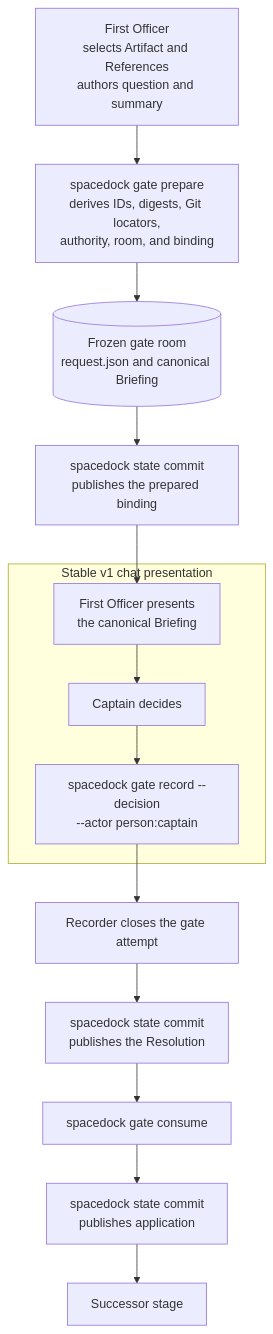
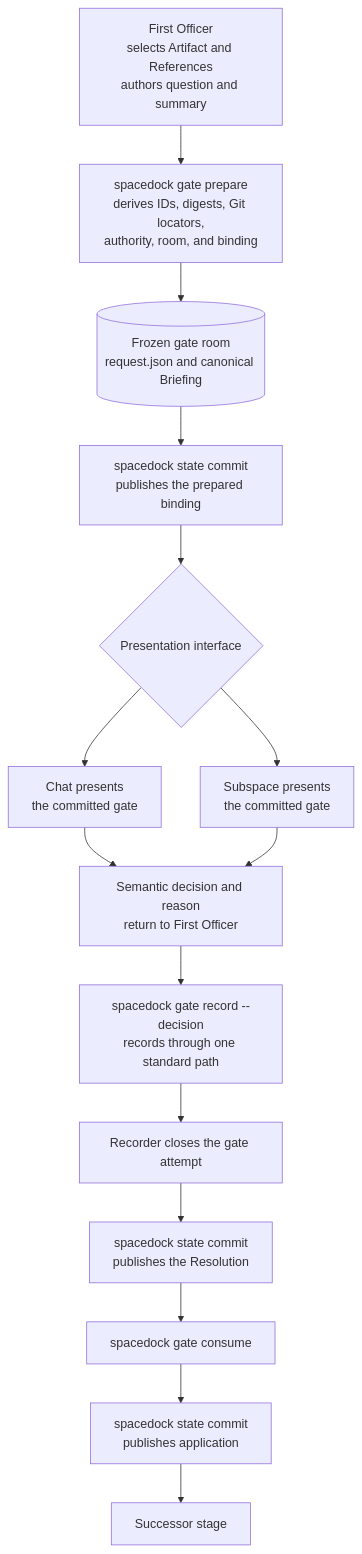
Before and after one commit to spacedock-dev/spacedock: the diagram in docs/specs/gate-resolution-frontmatter-contract.md, drawn with Mermaid. The commit also changed other lines of this file and 3 other files, not shown here.

Commit message:
gate: permit Subspace presentation through semantic recorder

````diff
--- a/docs/specs/gate-resolution-frontmatter-contract.md
+++ b/docs/specs/gate-resolution-frontmatter-contract.md
@@ -23,22 +24,26 @@
 ```mermaid
 flowchart TD
     FO["First Officer<br/>selects Artifact and References<br/>authors question and summary"]
     PREP["spacedock gate prepare<br/>derives IDs, digests, Git locators,<br/>authority, room, and binding"]
     ROOM[("Frozen gate room<br/>request.json and canonical Briefing")]
     COMMIT_PREP["spacedock state commit<br/>publishes the prepared binding"]
 
-    FO --> PREP --> ROOM --> COMMIT_PREP --> CHAT_REVIEW
+    CHANNEL{"Presentation interface"}
 
-    subgraph CHAT["Stable v1 chat presentation"]
-        CHAT_REVIEW["First Officer presents<br/>the canonical Briefing"]
-        CHAT_DECISION["Captain decides"]
-        CHAT_RECORD["spacedock gate record --decision<br/>--actor person:captain"]
-        CHAT_REVIEW --> CHAT_DECISION --> CHAT_RECORD
-    end
+    FO --> PREP --> ROOM --> COMMIT_PREP --> CHANNEL
 
-    CHAT_RECORD --> CLOSED["Recorder closes the gate attempt"]
+    CHAT["Chat presents<br/>the committed gate"]
+    SUBSPACE["Subspace presents<br/>the committed gate"]
+    SEMANTIC["Semantic decision and reason<br/>return to First Officer"]
+    RECORD["spacedock gate record --decision<br/>records through one standard path"]
+
+    CHANNEL --> CHAT --> SEMANTIC
+    CHANNEL --> SUBSPACE --> SEMANTIC
+    SEMANTIC --> RECORD
+
+    RECORD --> CLOSED["Recorder closes the gate attempt"]
     CLOSED --> COMMIT_CLOSE["spacedock state commit<br/>publishes the Resolution"]
     COMMIT_CLOSE --> CONSUME["spacedock gate consume"]
     CONSUME --> COMMIT_CONSUME["spacedock state commit<br/>publishes application"]
     COMMIT_CONSUME --> NEXT["Successor stage"]
 ```
````
